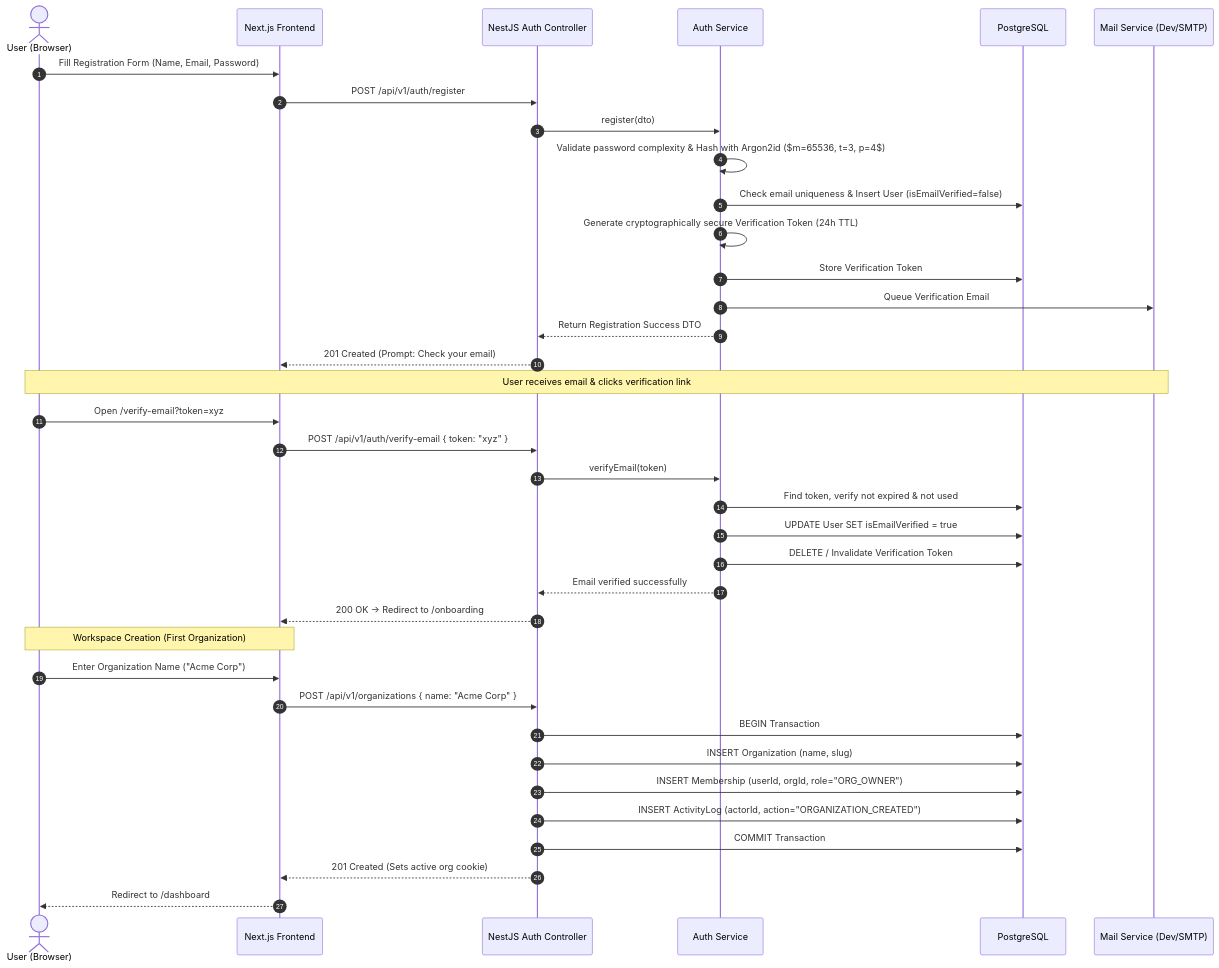
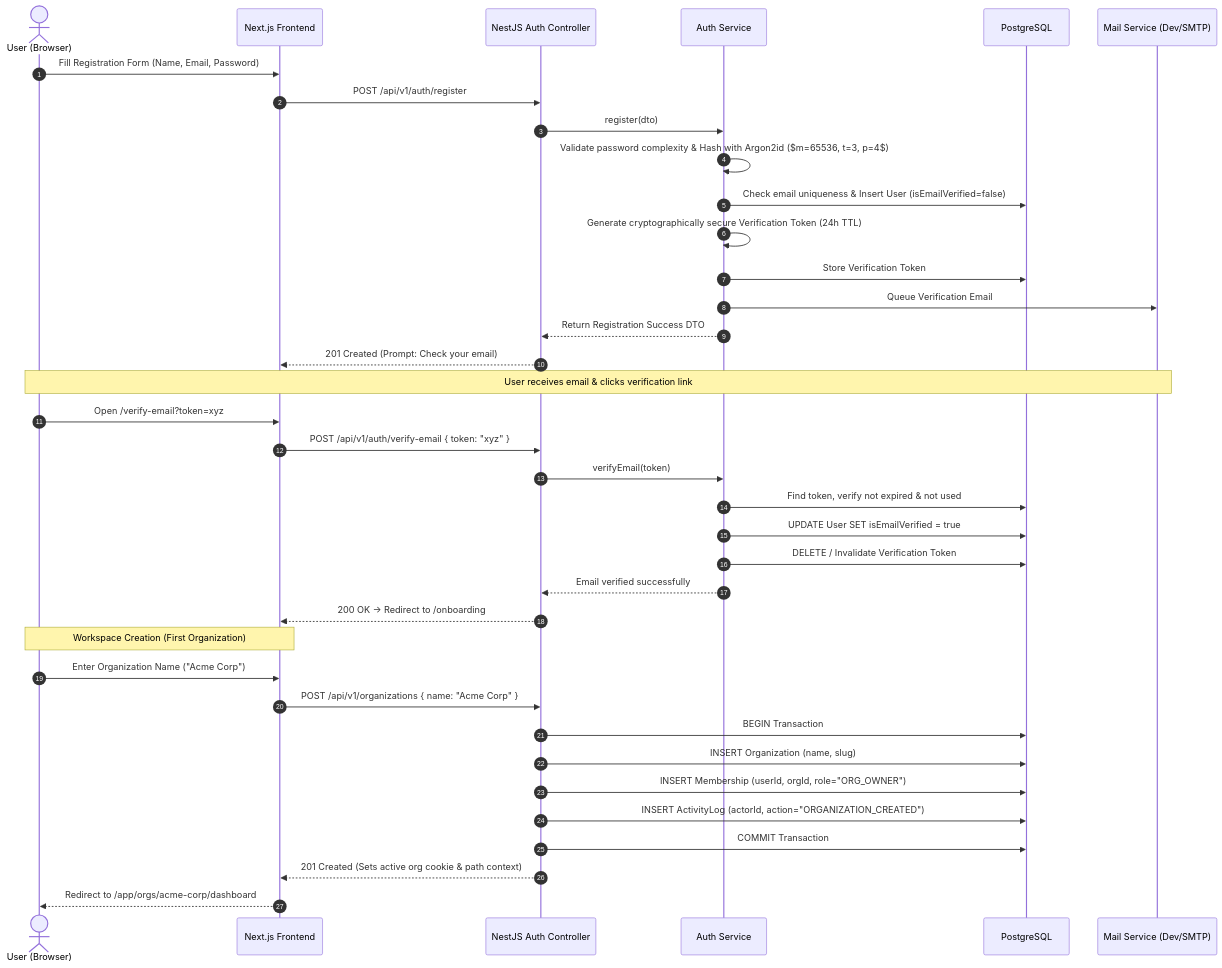
Before and after one commit to Y0oLK/teamflow: the first of 7 diagrams in docs/00-project-overview/user-journeys-and-workflows.md, drawn with Mermaid. The commit also changed other lines of this file and 4 other files, not shown here.

Commit message:
docs: incorporate approved Q1-Q6 architecture decisions, string fractional indexing, and technical hardening into SRS v1.2.0

````diff
--- a/docs/00-project-overview/user-journeys-and-workflows.md
+++ b/docs/00-project-overview/user-journeys-and-workflows.md
@@ -17,44 +17,44 @@
 ```mermaid
 sequenceDiagram
     autonumber
     actor User as User (Browser)
     participant Front as Next.js Frontend
     participant API as NestJS Auth Controller
     participant AuthSvc as Auth Service
     participant DB as PostgreSQL
     participant Mail as Mail Service (Dev/SMTP)
 
     User->>Front: Fill Registration Form (Name, Email, Password)
     Front->>API: POST /api/v1/auth/register
     API->>AuthSvc: register(dto)
     AuthSvc->>AuthSvc: Validate password complexity & Hash with Argon2id ($m=65536, t=3, p=4$)
     AuthSvc->>DB: Check email uniqueness & Insert User (isEmailVerified=false)
     AuthSvc->>AuthSvc: Generate cryptographically secure Verification Token (24h TTL)
     AuthSvc->>DB: Store Verification Token
     AuthSvc->>Mail: Queue Verification Email
     AuthSvc-->>API: Return Registration Success DTO
     API-->>Front: 201 Created (Prompt: Check your email)
 
     Note over User,Mail: User receives email & clicks verification link
 
     User->>Front: Open /verify-email?token=xyz
     Front->>API: POST /api/v1/auth/verify-email { token: "xyz" }
     API->>AuthSvc: verifyEmail(token)
     AuthSvc->>DB: Find token, verify not expired & not used
     AuthSvc->>DB: UPDATE User SET isEmailVerified = true
     AuthSvc->>DB: DELETE / Invalidate Verification Token
     AuthSvc-->>API: Email verified successfully
     API-->>Front: 200 OK -> Redirect to /onboarding
 
     Note over User,Front: Workspace Creation (First Organization)
 
     User->>Front: Enter Organization Name ("Acme Corp")
     Front->>API: POST /api/v1/organizations { name: "Acme Corp" }
     API->>DB: BEGIN Transaction
     API->>DB: INSERT Organization (name, slug)
     API->>DB: INSERT Membership (userId, orgId, role="ORG_OWNER")
     API->>DB: INSERT ActivityLog (actorId, action="ORGANIZATION_CREATED")
     API->>DB: COMMIT Transaction
-    API-->>Front: 201 Created (Sets active org cookie)
-    Front-->>User: Redirect to /dashboard
+    API-->>Front: 201 Created (Sets active org cookie & path context)
+    Front-->>User: Redirect to /app/orgs/acme-corp/dashboard
 ```
````
